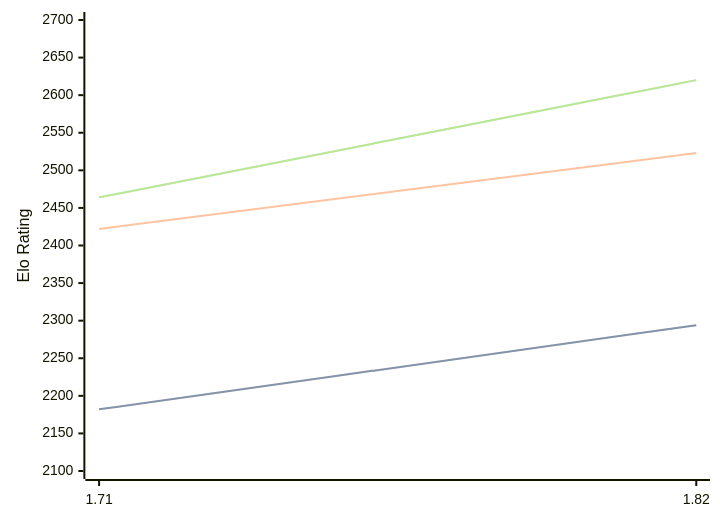
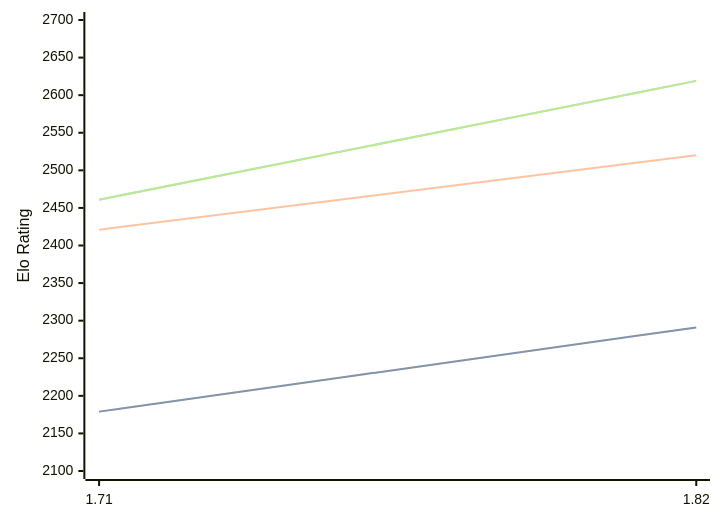
Before and after one commit to computer-chess-index/cci: the diagram in engines/Amira.md, drawn with Mermaid. The commit also changed other lines of this file, not shown here.

Commit message:
Update CCI Ratings (ELO VLTC) - 2026-06-08

````diff
--- a/engines/Amira.md
+++ b/engines/Amira.md
@@ -35,11 +35,11 @@
 ```mermaid
 %%{init: {"theme":"base","themeVariables":{"seriesColors:['#a3a3a3','#222221','#faa371']}}}%%
 xychart-beta
   x-axis ["1.71", "1.82"]
   y-axis "Elo Rating" 2100 --> 2700
-  line "STC (8.0+0.08s)" [2182, 2294]
-  line "STC (8.0+0.08s)" [2182, 2294]
-  line "LTC (60.0+0.60s)" [2422, 2523]
-  line "VLTC (2m24s+1.12s)" [2464, 2620]
-  line "VLTC (2m24s+1.12s)" [2464, 2620]
+  line "STC (8.0+0.08s)" [2179, 2291]
+  line "STC (8.0+0.08s)" [2179, 2291]
+  line "LTC (60.0+0.60s)" [2421, 2520]
+  line "VLTC (2m24s+1.12s)" [2461, 2619]
+  line "VLTC (2m24s+1.12s)" [2461, 2619]
 ```
````
